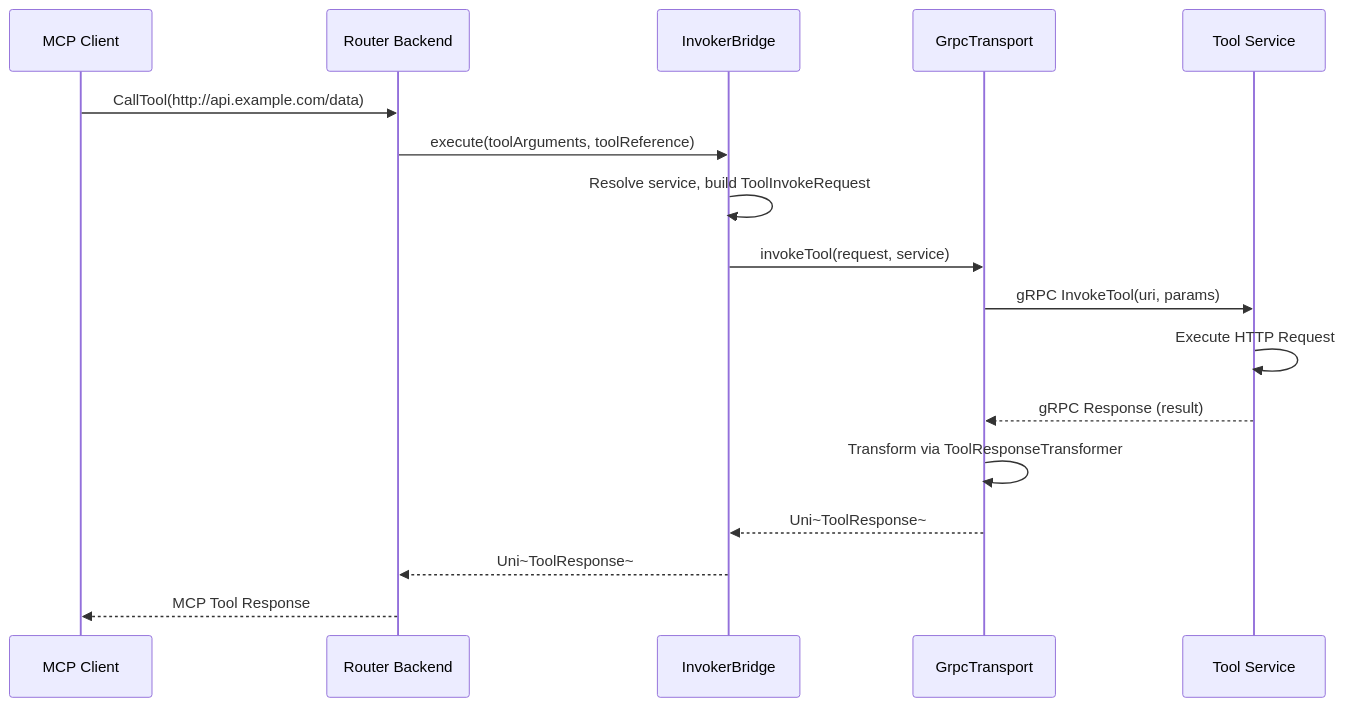
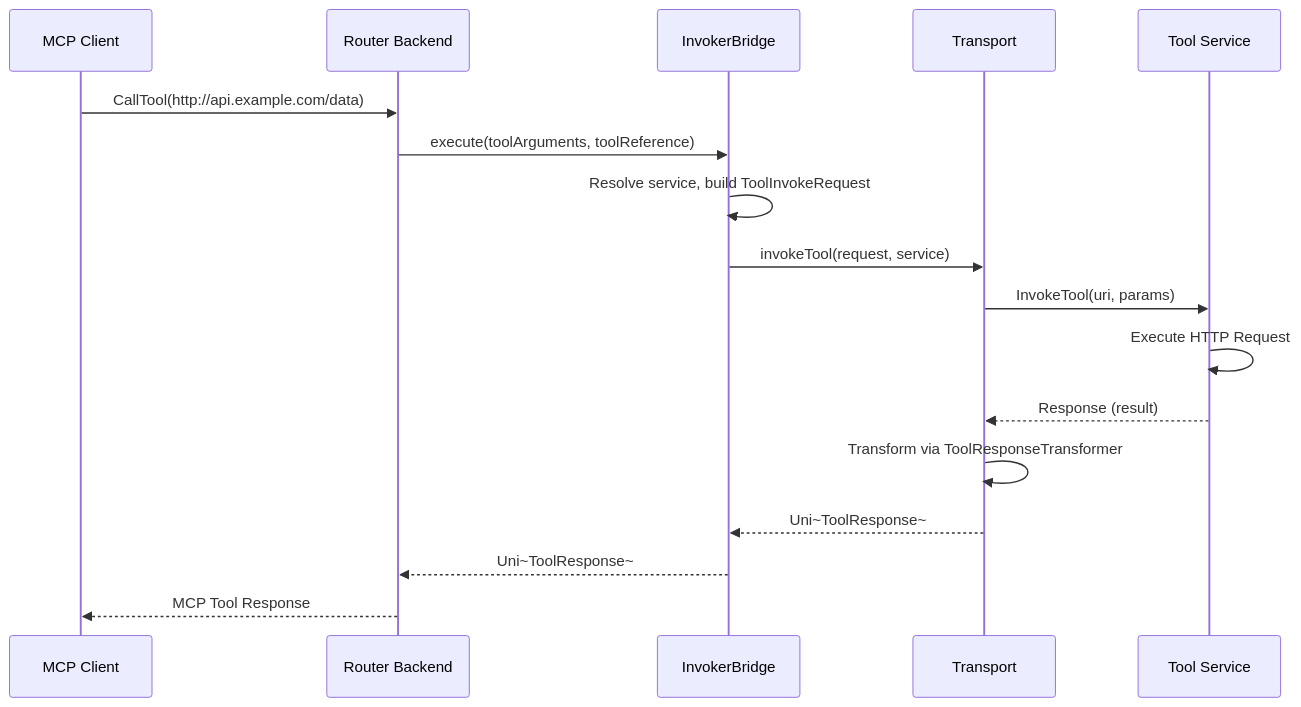
One commit to orpiske/wanaku-barn changed the fifth of 5 diagrams in docs/wanaku-router-internals.md. Above: the diagram before and after it, drawn with Mermaid. The commit also changed other lines of this file and 84 other files, not shown here.

First line of the commit message:
chore: remove gRPC bridge transport layer

````diff
--- a/docs/wanaku-router-internals.md
+++ b/docs/wanaku-router-internals.md
@@ -245,20 +244,20 @@
 ```mermaid
 sequenceDiagram
     participant MCP as MCP Client
     participant Router as Router Backend
     participant IB as InvokerBridge
-    participant Transport as GrpcTransport
+    participant Transport as Transport
     participant Tool as Tool Service
 
     MCP->>Router: CallTool(http://api.example.com/data)
     Router->>IB: execute(toolArguments, toolReference)
     IB->>IB: Resolve service, build ToolInvokeRequest
     IB->>Transport: invokeTool(request, service)
-    Transport->>Tool: gRPC InvokeTool(uri, params)
+    Transport->>Tool: InvokeTool(uri, params)
     Tool->>Tool: Execute HTTP Request
-    Tool-->>Transport: gRPC Response (result)
+    Tool-->>Transport: Response (result)
     Transport->>Transport: Transform via ToolResponseTransformer
     Transport-->>IB: Uni~ToolResponse~
     IB-->>Router: Uni~ToolResponse~
     Router-->>MCP: MCP Tool Response
 ```
````
